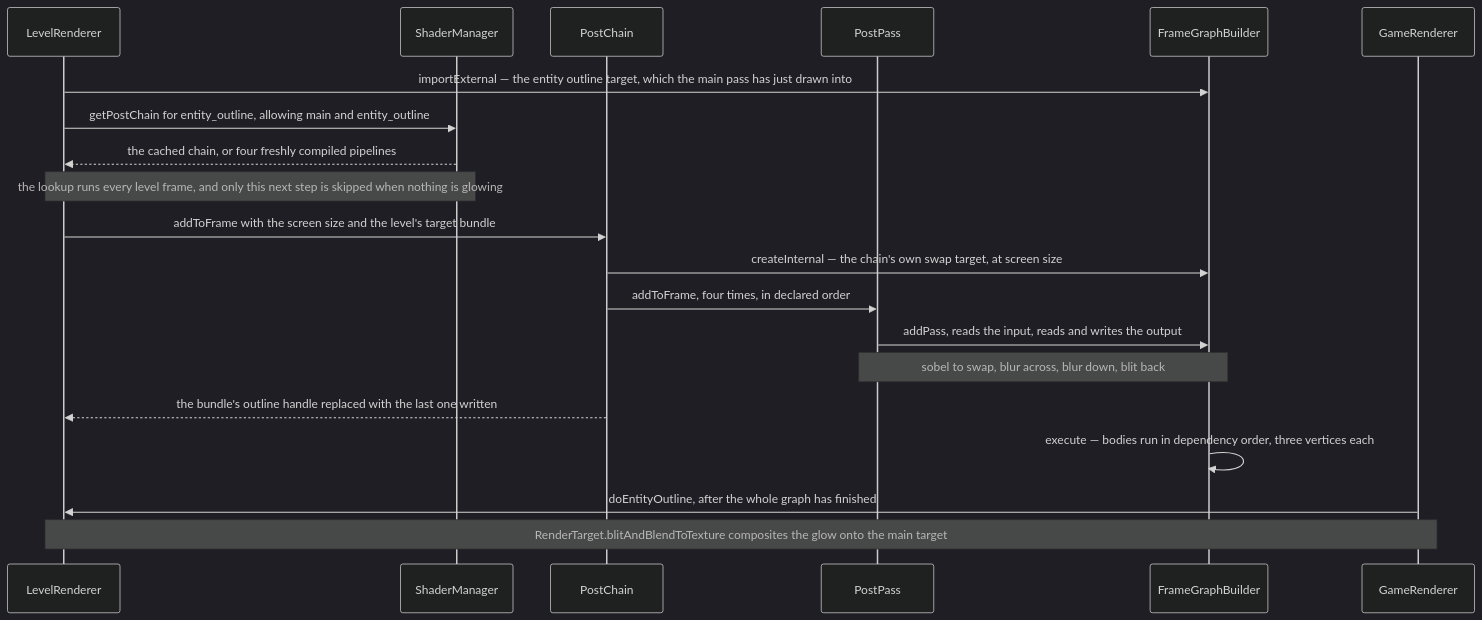
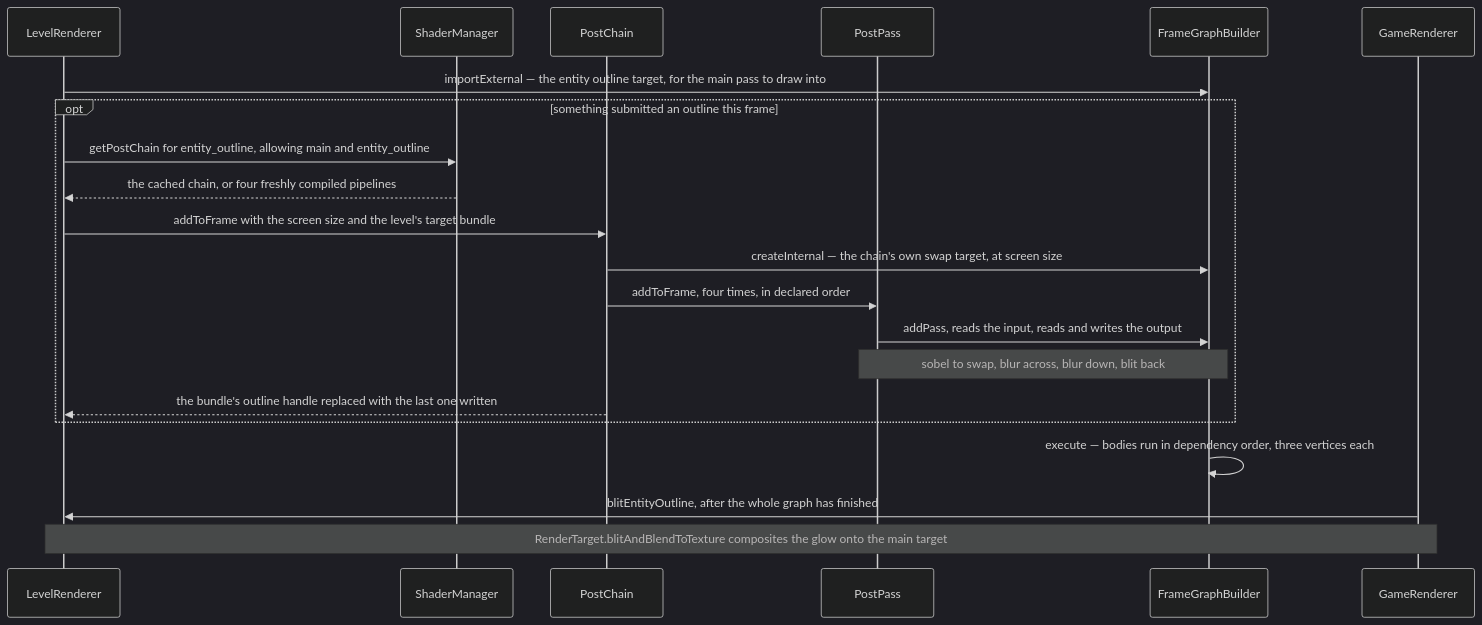
One commit to AlexanderjFraser/MinecraftDocs changed the second of 2 diagrams in src/systems/rendering/post-processing.md. Above: the diagram before and after it, drawn with Mermaid (dark theme). The commit also changed other lines of this file and 68 other files, not shown here.

````diff
--- a/src/systems/rendering/post-processing.md
+++ b/src/systems/rendering/post-processing.md
@@ -206,23 +206,24 @@
 ```mermaid
 sequenceDiagram
     participant LR as LevelRenderer
     participant ShadM as ShaderManager
     participant PChain as PostChain
     participant PPass as PostPass
     participant FGB as FrameGraphBuilder
     participant GR as GameRenderer
 
-    LR->>FGB: importExternal — the entity outline target, which the main pass has just drawn into
-    LR->>ShadM: getPostChain for entity_outline, allowing main and entity_outline
-    ShadM-->>LR: the cached chain, or four freshly compiled pipelines
-    Note over LR,ShadM: the lookup runs every level frame, and only this next step is skipped when nothing is glowing
-    LR->>PChain: addToFrame with the screen size and the level's target bundle
-    PChain->>FGB: createInternal — the chain's own swap target, at screen size
-    PChain->>PPass: addToFrame, four times, in declared order
-    PPass->>FGB: addPass, reads the input, reads and writes the output
-    Note over PPass,FGB: sobel to swap, blur across, blur down, blit back
-    PChain-->>LR: the bundle's outline handle replaced with the last one written
+    LR->>FGB: importExternal — the entity outline target, for the main pass to draw into
+    opt something submitted an outline this frame
+        LR->>ShadM: getPostChain for entity_outline, allowing main and entity_outline
+        ShadM-->>LR: the cached chain, or four freshly compiled pipelines
+        LR->>PChain: addToFrame with the screen size and the level's target bundle
+        PChain->>FGB: createInternal — the chain's own swap target, at screen size
+        PChain->>PPass: addToFrame, four times, in declared order
+        PPass->>FGB: addPass, reads the input, reads and writes the output
+        Note over PPass,FGB: sobel to swap, blur across, blur down, blit back
+        PChain-->>LR: the bundle's outline handle replaced with the last one written
+    end
     FGB->>FGB: execute — bodies run in dependency order, three vertices each
-    GR->>LR: doEntityOutline, after the whole graph has finished
+    GR->>LR: blitEntityOutline, after the whole graph has finished
     Note over GR,LR: RenderTarget.blitAndBlendToTexture composites the glow onto the main target
 ```
````
